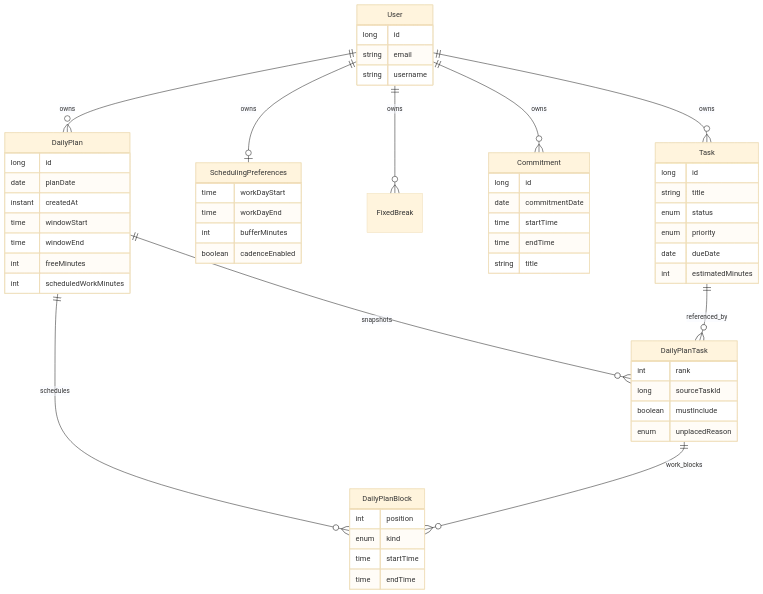
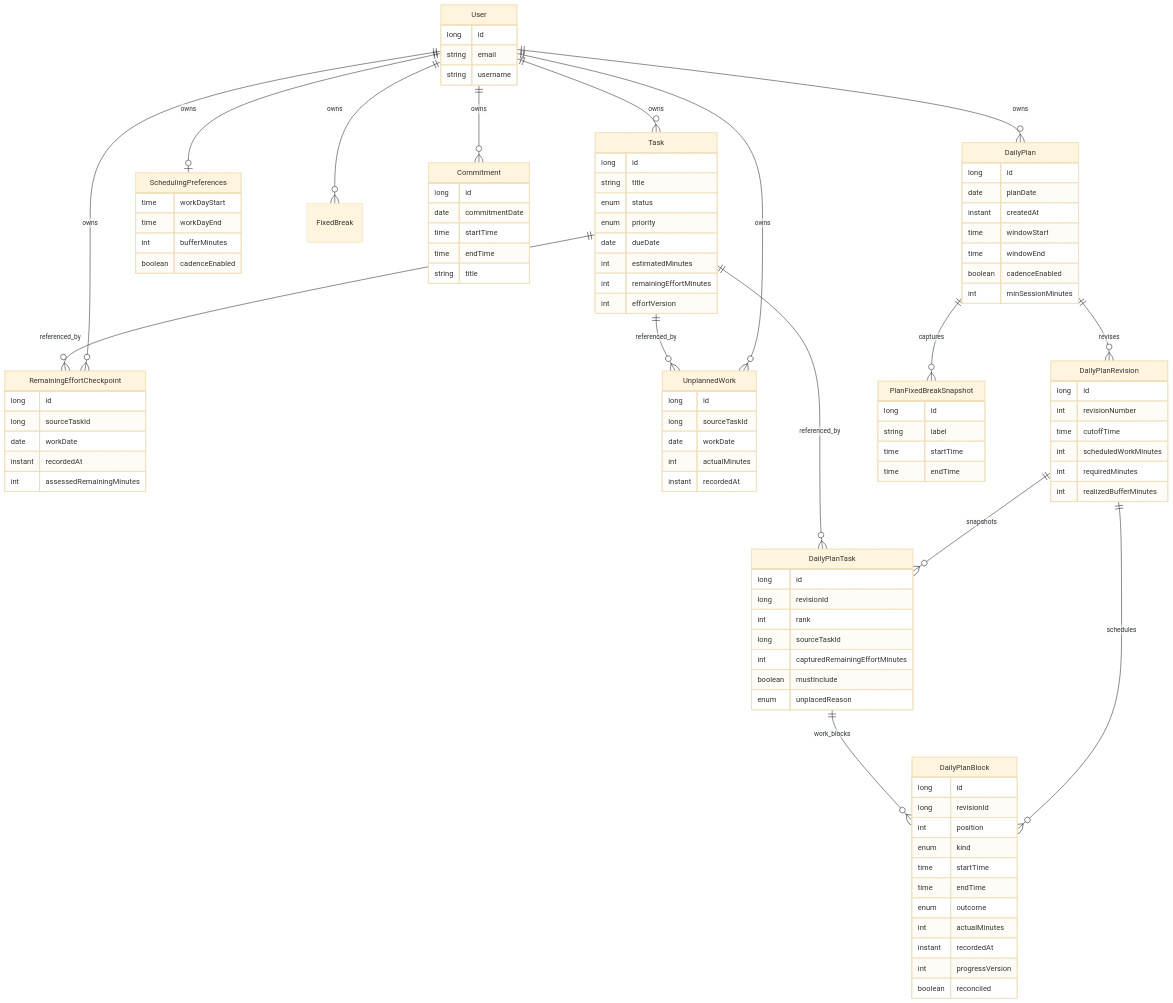
One commit to xiashuidaolaoshuren/focusflow changed the fifth of 5 diagrams in docs/architecture.md. Above: the diagram before and after it, drawn with Mermaid (base theme). The commit also changed other lines of this file and 3 other files, not shown here.

First line of the commit message:
docs(api): publish the 1.3.0 progress, revision, and re-plan contract

````diff
--- a/docs/architecture.md
+++ b/docs/architecture.md
@@ -261,10 +314,16 @@
   User ||--o{ FixedBreak : owns
   User ||--o{ Commitment : owns
   User ||--o{ DailyPlan : owns
-  DailyPlan ||--o{ DailyPlanTask : snapshots
-  DailyPlan ||--o{ DailyPlanBlock : schedules
+  User ||--o{ RemainingEffortCheckpoint : owns
+  User ||--o{ UnplannedWork : owns
+  DailyPlan ||--o{ DailyPlanRevision : revises
+  DailyPlan ||--o{ PlanFixedBreakSnapshot : captures
+  DailyPlanRevision ||--o{ DailyPlanTask : snapshots
+  DailyPlanRevision ||--o{ DailyPlanBlock : schedules
+  DailyPlanTask ||--o{ DailyPlanBlock : work_blocks
   Task ||--o{ DailyPlanTask : referenced_by
-  DailyPlanTask ||--o{ DailyPlanBlock : work_blocks
+  Task ||--o{ RemainingEffortCheckpoint : referenced_by
+  Task ||--o{ UnplannedWork : referenced_by
   User {
     long id
     string email
@@ -277,6 +336,8 @@
     enum priority
     date dueDate
     int estimatedMinutes
+    int remainingEffortMinutes
+    int effortVersion
   }
   SchedulingPreferences {
     time workDayStart
@@ -297,19 +358,57 @@
     instant createdAt
     time windowStart
     time windowEnd
-    int freeMinutes
+    boolean cadenceEnabled
+    int minSessionMinutes
+  }
+  DailyPlanRevision {
+    long id
+    int revisionNumber
+    time cutoffTime
     int scheduledWorkMinutes
+    int requiredMinutes
+    int realizedBufferMinutes
+  }
+  PlanFixedBreakSnapshot {
+    long id
+    string label
+    time startTime
+    time endTime
   }
   DailyPlanTask {
+    long id
+    long revisionId
     int rank
     long sourceTaskId
+    int capturedRemainingEffortMinutes
     boolean mustInclude
     enum unplacedReason
   }
   DailyPlanBlock {
+    long id
+    long revisionId
     int position
     enum kind
     time startTime
     time endTime
+    enum outcome
+    int actualMinutes
+    instant recordedAt
+    int progressVersion
+    boolean reconciled
+  }
+  RemainingEffortCheckpoint {
+    long id
+    long sourceTaskId
+    date workDate
+    instant recordedAt
+    int assessedRemainingMinutes
+  }
+  UnplannedWork {
+    long id
+    long sourceTaskId
+    date workDate
+    int actualMinutes
+    instant recordedAt
   }
 ```
````
